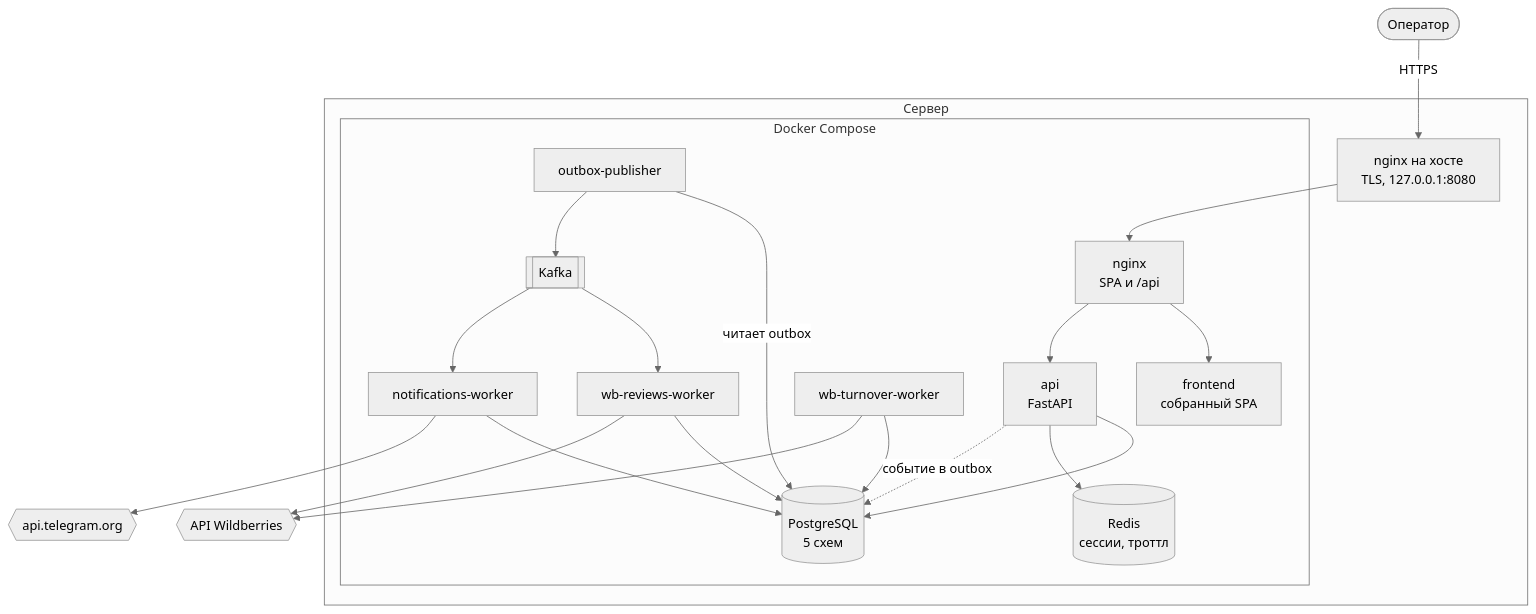
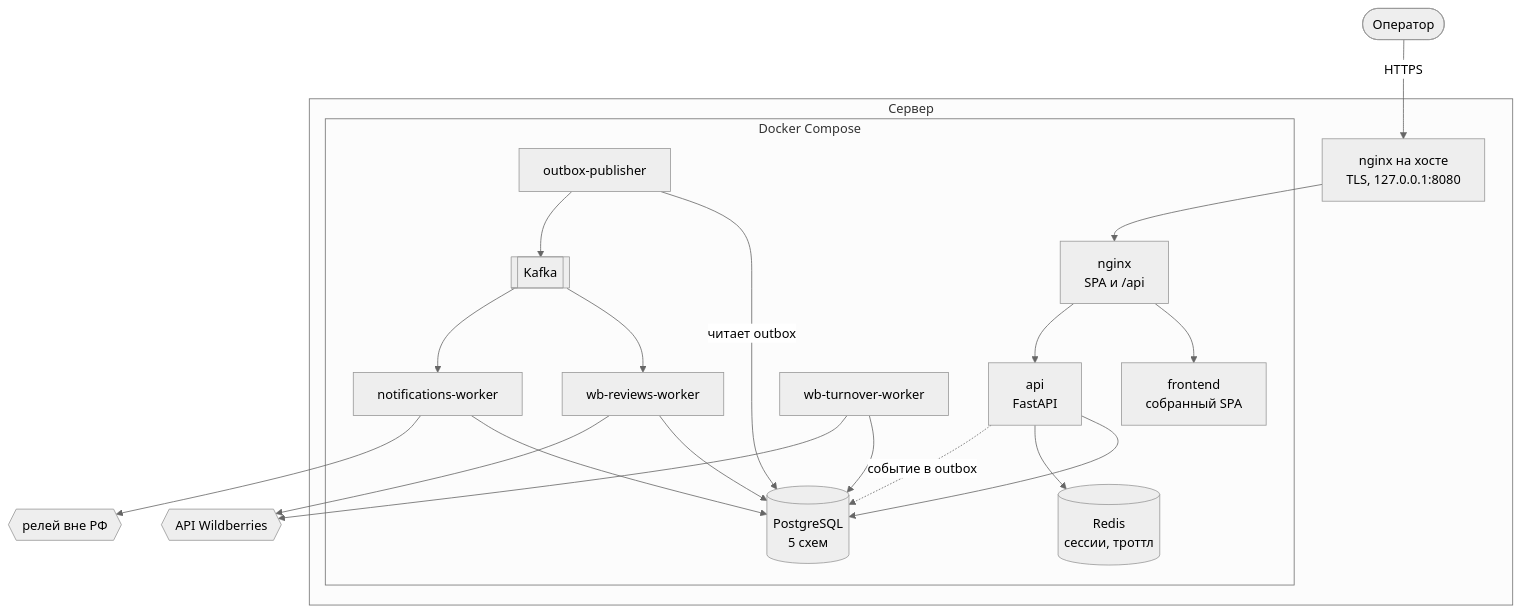
The diagram in docs/architecture/OVERVIEW.md (krionefishy/karbi), drawn with Mermaid (neutral theme) before and after one commit. The commit also changed other lines of this file and 35 other files, not shown here.

````diff
--- a/docs/architecture/OVERVIEW.md
+++ b/docs/architecture/OVERVIEW.md
@@ -3,44 +3,44 @@
 ```mermaid
 flowchart TB
     operator([Оператор]) -->|HTTPS| host
 
     subgraph host_server["Сервер"]
         host["nginx на хосте<br/>TLS, 127.0.0.1:8080"]
 
         subgraph compose["Docker Compose"]
             edge["nginx<br/>SPA и /api"]
             spa["frontend<br/>собранный SPA"]
             api["api<br/>FastAPI"]
             reviews["wb-reviews-worker"]
             turnover["wb-turnover-worker"]
             notifications["notifications-worker"]
             outbox["outbox-publisher"]
 
             pg[("PostgreSQL<br/>5 схем")]
             redis[("Redis<br/>сессии, троттл")]
             kafka[["Kafka"]]
         end
     end
 
     wb{{"API Wildberries"}}
-    tg{{"api.telegram.org"}}
+    relay{{"релей вне РФ"}}
 
     host --> edge
     edge --> spa
     edge --> api
 
     api --> pg
     api --> redis
     api -.->|"событие в outbox"| pg
     outbox -->|"читает outbox"| pg
     outbox --> kafka
 
     kafka --> reviews
     kafka --> notifications
     reviews --> pg
     reviews --> wb
     turnover --> pg
     turnover --> wb
     notifications --> pg
-    notifications --> tg
+    notifications --> relay
 ```
````
